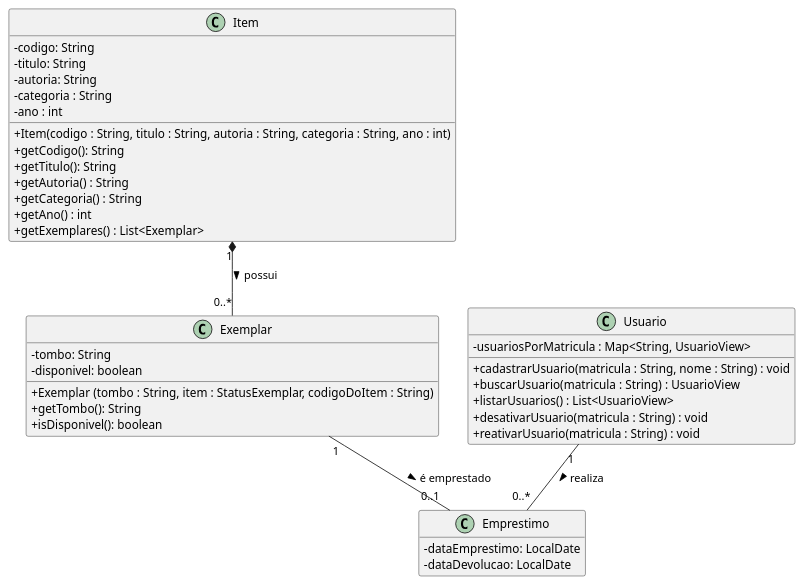
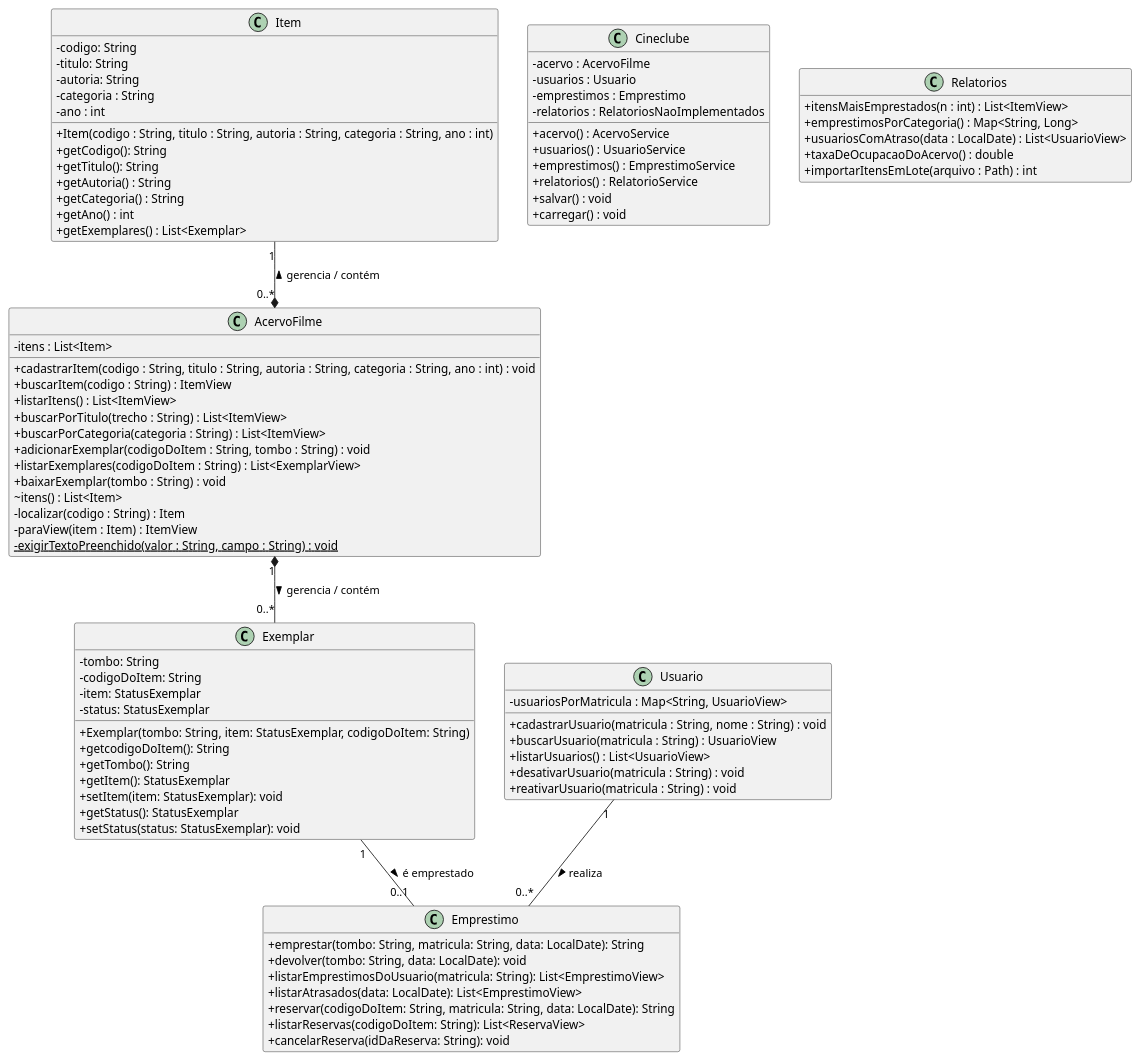
One commit to poo-dcx-2026-2/Alta-Cupula changed the diagram in docs/modelo.puml. Above: the diagram before and after it, drawn with PlantUML. The commit also changed 3 other files, not shown here.

Commit message:
Implementação das classes AcervFilme, Relatorios, Cineclube no modelo.puml com algumas alterações de classes como Exemplar e Emprestimo

```diff
--- a/docs/modelo.puml
+++ b/docs/modelo.puml
@@ -1,58 +1,107 @@
 @startuml
 ' Modelo de domínio do sistema: Entrega 1.
 '
 ' Este arquivo é o ponto de partida. Substitua pelo modelo da sua equipe.
 ' O diagrama precisa corresponder ao código entregue.
 '
 ' Para gerar a imagem: instale o plugin PlantUML no IntelliJ, ou use
 '   plantuml docs/modelo.puml
 ' e versione a imagem gerada ao lado deste arquivo.
 
 skinparam classAttributeIconSize 0
 hide empty members
 
 class Item {
  - codigo: String
  - titulo: String
  - autoria: String
  - categoria : String
  - ano : int
 
  + Item(codigo : String, titulo : String, autoria : String, categoria : String, ano : int)
  + getCodigo(): String
  + getTitulo(): String
  + getAutoria() : String
  + getCategoria() : String
  + getAno() : int
  + getExemplares() : List<Exemplar>
 }
 
 class Exemplar {
- - tombo: String
- - disponivel: boolean
+    - tombo: String
+    - codigoDoItem: String
+    - item: StatusExemplar
+    - status: StatusExemplar
 
- + Exemplar (tombo : String, item : StatusExemplar, codigoDoItem : String)
- + getTombo(): String
- + isDisponivel(): boolean
+    + Exemplar(tombo: String, item: StatusExemplar, codigoDoItem: String)
+    + getcodigoDoItem(): String
+    + getTombo(): String
+    + getItem(): StatusExemplar
+    + setItem(item: StatusExemplar): void
+    + getStatus(): StatusExemplar
+    + setStatus(status: StatusExemplar): void
 }
 
 class Usuario {
  - usuariosPorMatricula : Map<String, UsuarioView>
 
  + cadastrarUsuario(matricula : String, nome : String) : void
  + buscarUsuario(matricula : String) : UsuarioView
  + listarUsuarios() : List<UsuarioView>
  + desativarUsuario(matricula : String) : void
  + reativarUsuario(matricula : String) : void
 }
+class Cineclube {
+        - acervo : AcervoFilme
+        - usuarios : Usuario
+        - emprestimos : Emprestimo
+        - relatorios : RelatoriosNaoImplementados
+        + acervo() : AcervoService
+        + usuarios() : UsuarioService
+        + emprestimos() : EmprestimoService
+        + relatorios() : RelatorioService
+        + salvar() : void
+        + carregar() : void
+}
+class Relatorios {
+        + itensMaisEmprestados(n : int) : List<ItemView>
+        + emprestimosPorCategoria() : Map<String, Long>
+        + usuariosComAtraso(data : LocalDate) : List<UsuarioView>
+        + taxaDeOcupacaoDoAcervo() : double
+        + importarItensEmLote(arquivo : Path) : int
+}
+class AcervoFilme {
+        - itens : List<Item>
+        + cadastrarItem(codigo : String, titulo : String, autoria : String, categoria : String, ano : int) : void
+        + buscarItem(codigo : String) : ItemView
+        + listarItens() : List<ItemView>
+        + buscarPorTitulo(trecho : String) : List<ItemView>
+        + buscarPorCategoria(categoria : String) : List<ItemView>
+        + adicionarExemplar(codigoDoItem : String, tombo : String) : void
+        + listarExemplares(codigoDoItem : String) : List<ExemplarView>
+        + baixarExemplar(tombo : String) : void
+        ~ itens() : List<Item>
+        - localizar(codigo : String) : Item
+        - paraView(item : Item) : ItemView
+        {static} - exigirTextoPreenchido(valor : String, campo : String) : void
+
+}
 
 class Emprestimo {
-  - dataEmprestimo: LocalDate
-  - dataDevolucao: LocalDate
+    + emprestar(tombo: String, matricula: String, data: LocalDate): String
+    + devolver(tombo: String, data: LocalDate): void
+    + listarEmprestimosDoUsuario(matricula: String): List<EmprestimoView>
+    + listarAtrasados(data: LocalDate): List<EmprestimoView>
+    + reservar(codigoDoItem: String, matricula: String, data: LocalDate): String
+    + listarReservas(codigoDoItem: String): List<ReservaView>
+    + cancelarReserva(idDaReserva: String): void
 }
 
-Item "1" *-- "0..*" Exemplar : possui >
+AcervoFilme "1" *-- "0..*" Exemplar : gerencia / contém >
 Usuario "1" -- "0..*" Emprestimo : realiza >
 Exemplar "1" -- "0..1" Emprestimo : é emprestado >
+Item "1" --* "0..*" AcervoFilme : gerencia / contém <
+
+
 
 @enduml
```
